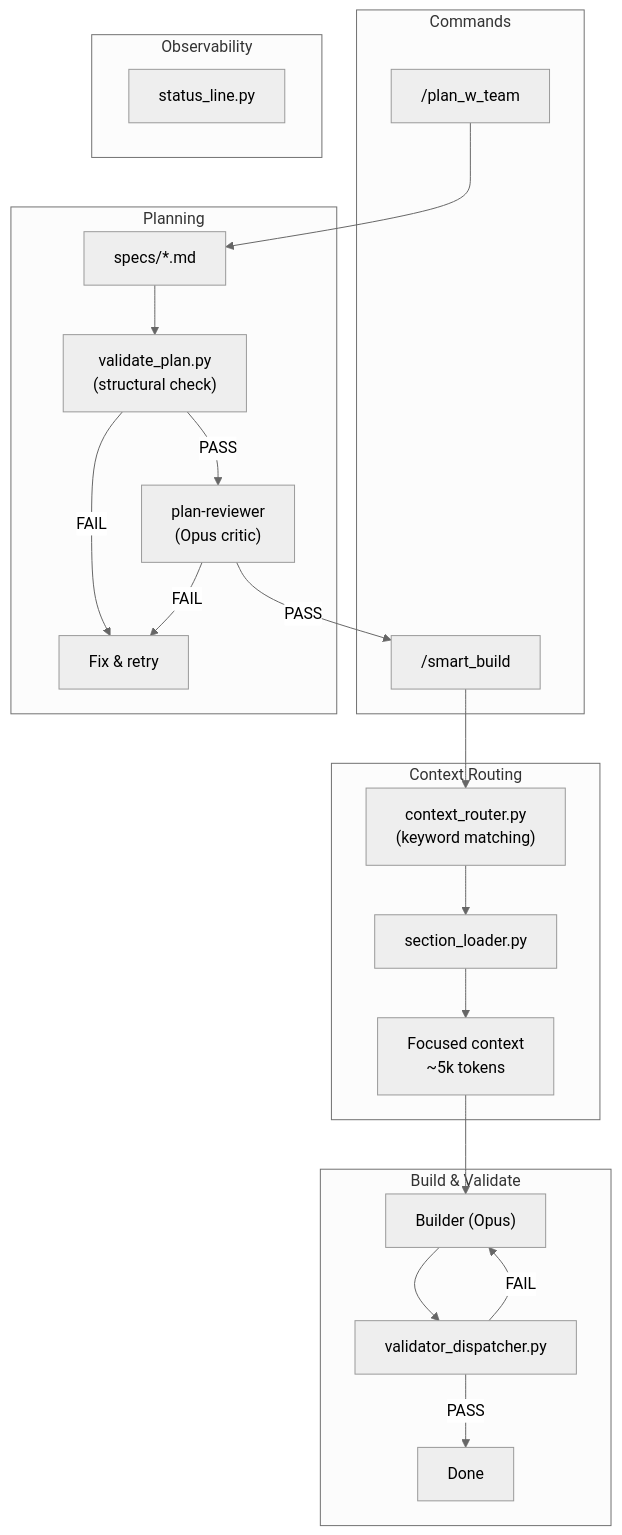
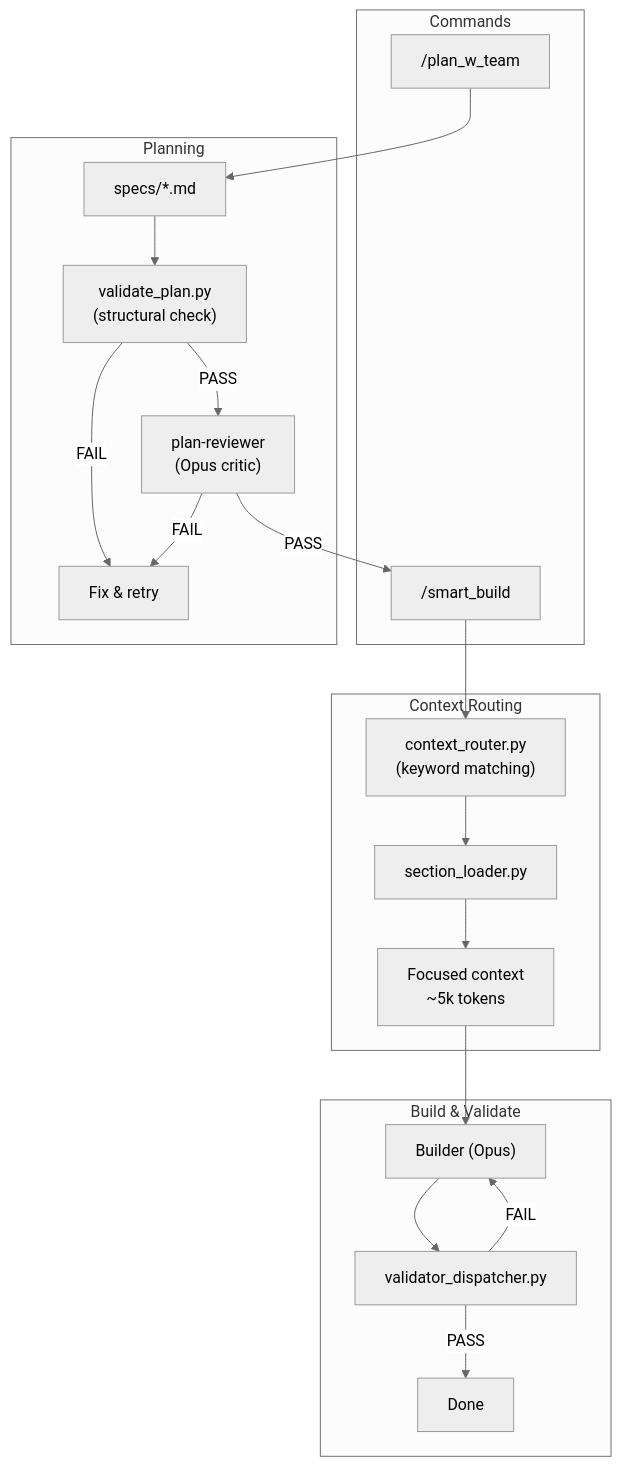
Before and after one commit to a-simeshin/claude-code-hooks-mastery: the diagram in README.md, drawn with Mermaid (neutral theme).

Commit message:
docs: Remove Observability subgraph from README diagram

````diff
--- a/README.md
+++ b/README.md
@@ -22,33 +22,29 @@
 ```mermaid
 flowchart TB
     subgraph Commands
         plan["/plan_w_team"]
         smart["/smart_build"]
     end
 
     subgraph Planning
         plan --> spec["specs/*.md"]
         spec --> vp["validate_plan.py<br/>(structural check)"]
         vp -->|PASS| pr["plan-reviewer<br/>(Opus critic)"]
         pr -->|PASS| smart
         vp -->|FAIL| fix["Fix & retry"]
         pr -->|FAIL| fix
     end
 
     subgraph "Context Routing"
         smart --> cr["context_router.py<br/>(keyword matching)"]
         cr --> sl["section_loader.py"]
         sl --> ctx["Focused context<br/>~5k tokens"]
     end
 
     subgraph "Build & Validate"
         ctx --> builder["Builder (Opus)"]
         builder --> vd["validator_dispatcher.py"]
         vd -->|FAIL| builder
         vd -->|PASS| done["Done"]
     end
-
-    subgraph Observability
-        status["status_line.py"]
-    end
 ```
````
